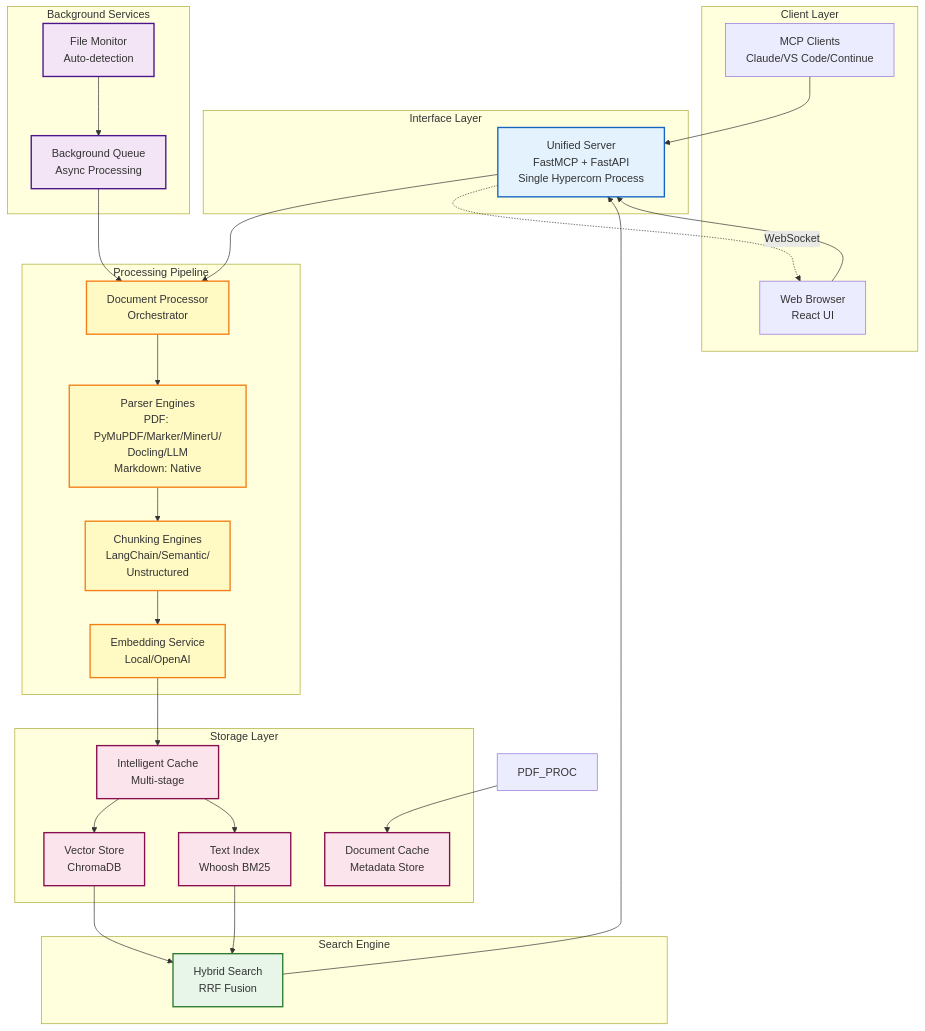
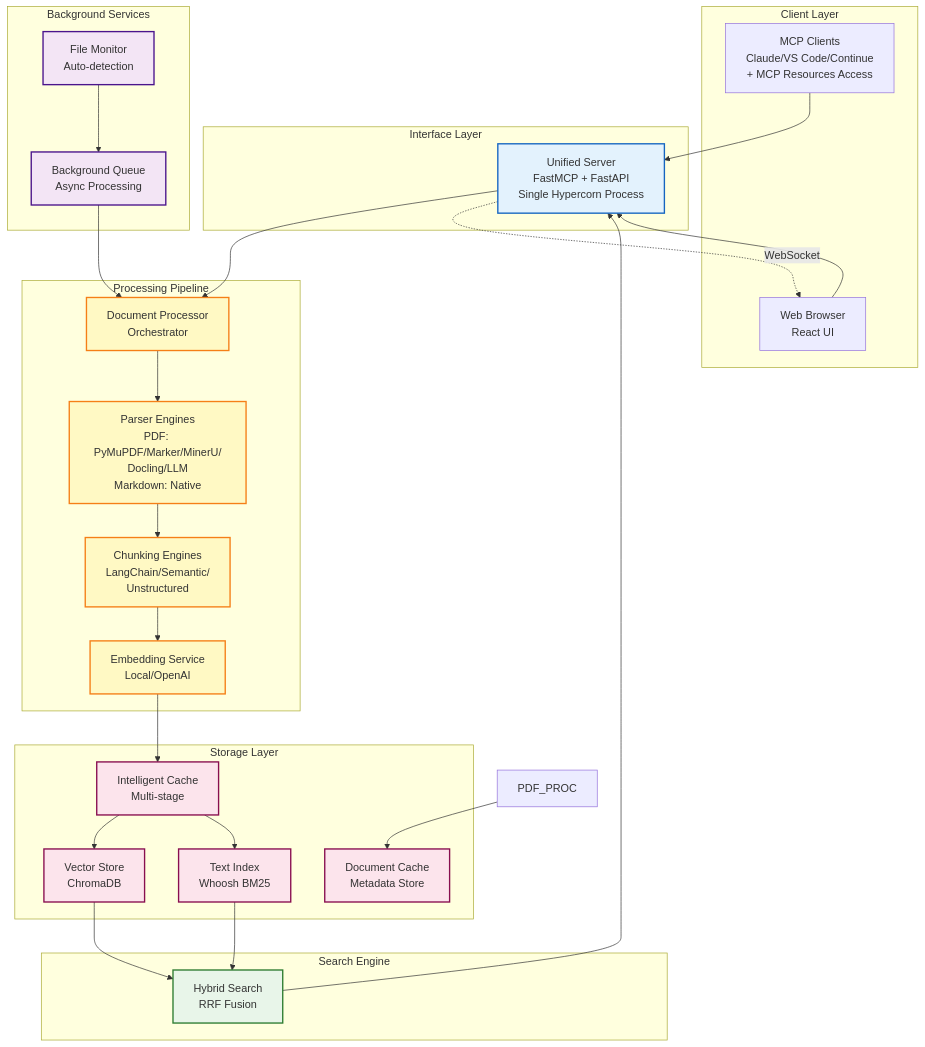
The first of 6 diagrams in docs/design.md (tekgnosis-net/pdfkb-mcp), drawn with Mermaid before and after one commit. The commit also changed other lines of this file, not shown here.

````diff
--- a/docs/design.md
+++ b/docs/design.md
@@ -11,71 +11,71 @@
 ```mermaid
 graph TB
     subgraph "Client Layer"
-        MCP_CLIENT[MCP Clients<br/>Claude/VS Code/Continue]
+        MCP_CLIENT[MCP Clients<br/>Claude/VS Code/Continue<br/>+ MCP Resources Access]
         WEB_CLIENT[Web Browser<br/>React UI]
     end
 
     subgraph "Interface Layer"
         UNIFIED_SERVER[Unified Server<br/>FastMCP + FastAPI<br/>Single Hypercorn Process]
     end
 
     subgraph "Processing Pipeline"
         DOC_PROC[Document Processor<br/>Orchestrator]
         PARSERS[Parser Engines<br/>PDF: PyMuPDF/Marker/MinerU/<br/>Docling/LLM<br/>Markdown: Native]
         CHUNKERS[Chunking Engines<br/>LangChain/Semantic/<br/>Unstructured]
         EMBED[Embedding Service<br/>Local/OpenAI]
     end
 
     subgraph "Storage Layer"
         CACHE[Intelligent Cache<br/>Multi-stage]
         VECTOR_DB[Vector Store<br/>ChromaDB]
         TEXT_IDX[Text Index<br/>Whoosh BM25]
         DOC_CACHE[Document Cache<br/>Metadata Store]
     end
 
     subgraph "Search Engine"
         HYBRID[Hybrid Search<br/>RRF Fusion]
     end
 
     subgraph "Background Services"
         QUEUE[Background Queue<br/>Async Processing]
         MONITOR[File Monitor<br/>Auto-detection]
     end
 
     MCP_CLIENT --> UNIFIED_SERVER
     WEB_CLIENT --> UNIFIED_SERVER
 
     UNIFIED_SERVER --> DOC_PROC
 
     DOC_PROC --> PARSERS
     PARSERS --> CHUNKERS
     CHUNKERS --> EMBED
 
     EMBED --> CACHE
     CACHE --> VECTOR_DB
     CACHE --> TEXT_IDX
 
     PDF_PROC --> DOC_CACHE
 
     VECTOR_DB --> HYBRID
     TEXT_IDX --> HYBRID
 
     HYBRID --> UNIFIED_SERVER
 
     QUEUE --> DOC_PROC
     MONITOR --> QUEUE
 
     UNIFIED_SERVER -.->|WebSocket| WEB_CLIENT
 
     classDef interface fill:#e3f2fd,stroke:#1565c0,stroke-width:2px
     classDef processing fill:#fff9c4,stroke:#f57f17,stroke-width:2px
     classDef storage fill:#fce4ec,stroke:#880e4f,stroke-width:2px
     classDef search fill:#e8f5e9,stroke:#2e7d32,stroke-width:2px
     classDef background fill:#f3e5f5,stroke:#4a148c,stroke-width:2px
 
     class UNIFIED_SERVER interface
     class DOC_PROC,PARSERS,CHUNKERS,EMBED processing
     class CACHE,VECTOR_DB,TEXT_IDX,DOC_CACHE storage
     class HYBRID search
     class QUEUE,MONITOR background
 ```
````
